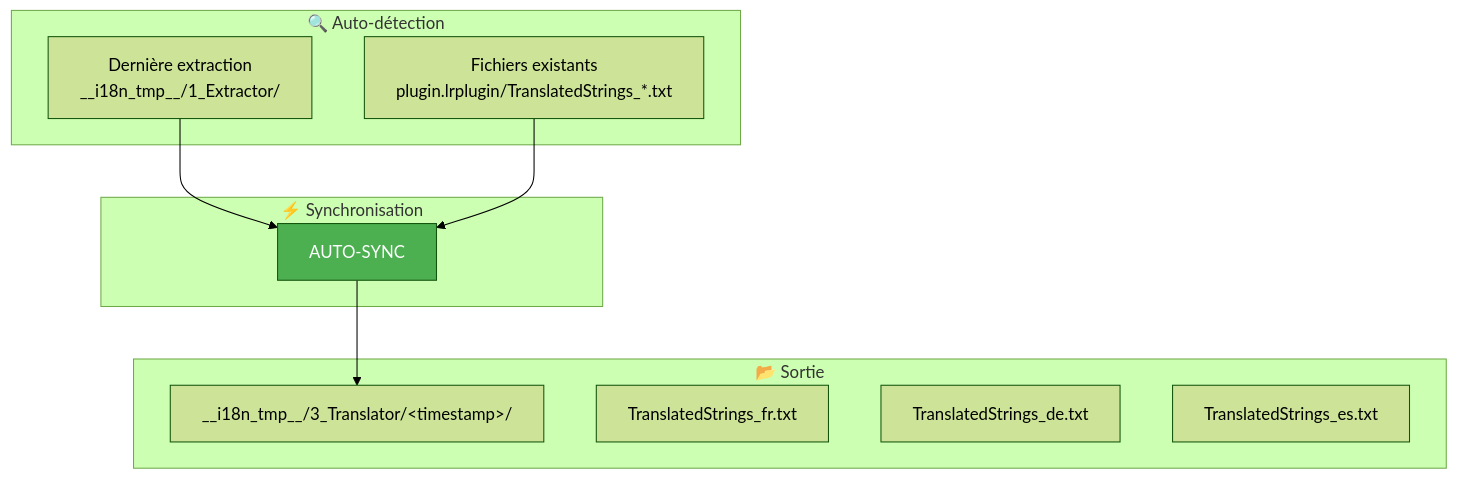
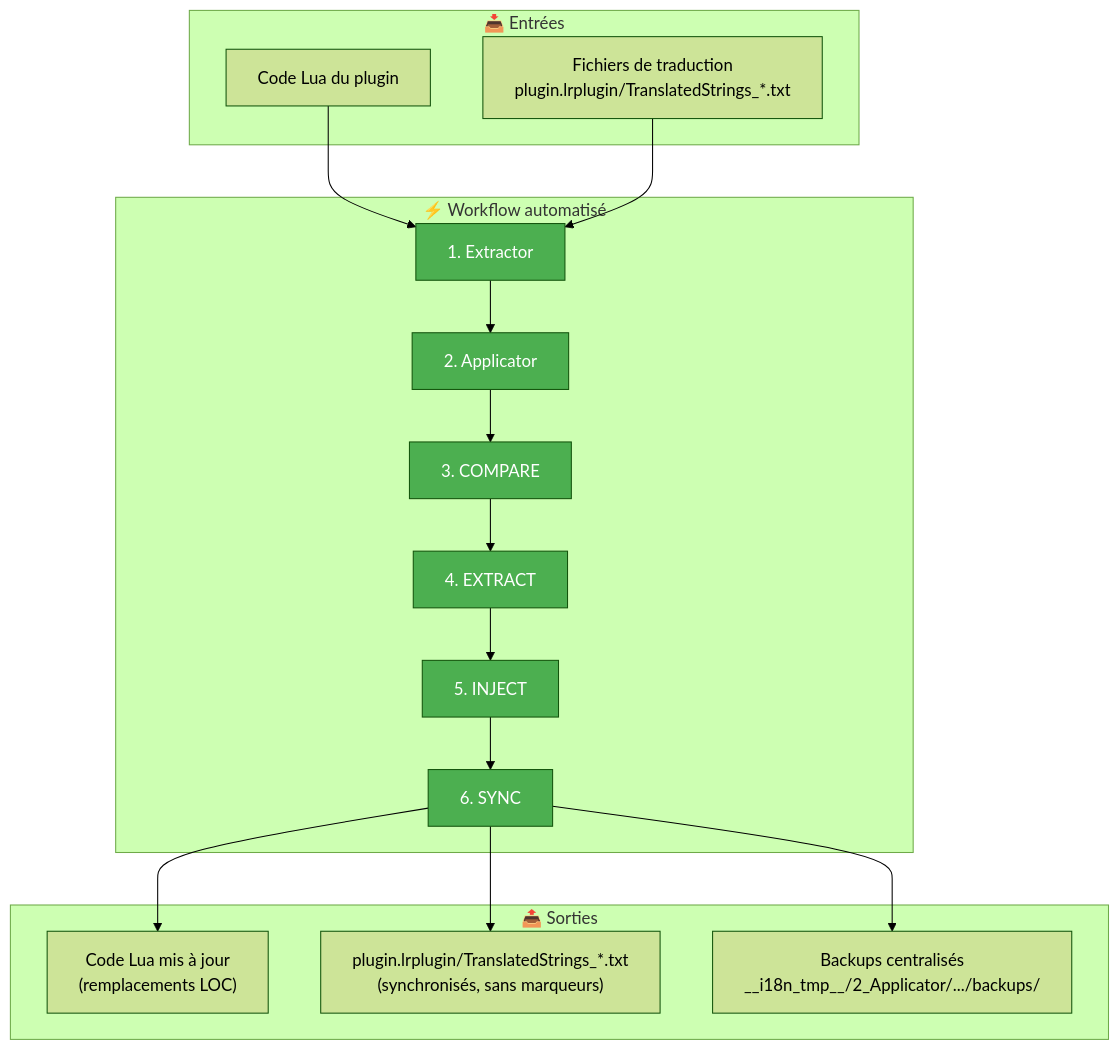
One commit to Gotcha26/Adobe_Lightroom_Translation_Plugins_Kit changed the first of 2 diagrams in tools/translator/__doc__/fr/commandes/AUTOSYNC.md. Above: the diagram before and after it, drawn with Mermaid (forest theme). The commit also changed other lines of this file and 12 other files, not shown here.

Commit message:
fix: AUTO-SYNC / SYNC and lot of things.

````diff
--- a/tools/translator/__doc__/fr/commandes/AUTOSYNC.md
+++ b/tools/translator/__doc__/fr/commandes/AUTOSYNC.md
@@ -17,24 +17,36 @@
 ```mermaid
 flowchart TB
-    subgraph Detection["🔍 Auto-détection"]
-        D1["Dernière extraction<br/>__i18n_tmp__/1_Extractor/"]
-        D2["Fichiers existants<br/>plugin.lrplugin/TranslatedStrings_*.txt"]
+    subgraph Input["📥 Entrées"]
+        I1["Code Lua du plugin"]
+        I2["Fichiers de traduction<br/>plugin.lrplugin/TranslatedStrings_*.txt"]
     end
 
-    subgraph Process["⚡ Synchronisation"]
-        P["AUTO-SYNC"]
+    subgraph Process["⚡ Workflow automatisé"]
+        P1["1. Extractor"]
+        P2["2. Applicator"]
+        P3["3. COMPARE"]
+        P4["4. EXTRACT"]
+        P5["5. INJECT"]
+        P6["6. SYNC"]
     end
 
-    subgraph Output["📂 Sortie"]
-        O["__i18n_tmp__/3_Translator/&lt;timestamp&gt;/"]
-        O1["TranslatedStrings_fr.txt"]
-        O2["TranslatedStrings_de.txt"]
-        O3["TranslatedStrings_es.txt"]
+    subgraph Output["📤 Sorties"]
+        O1["Code Lua mis à jour<br/>(remplacements LOC)"]
+        O2["plugin.lrplugin/TranslatedStrings_*.txt<br/>(synchronisés, sans marqueurs)"]
+        O3["Backups centralisés<br/>__i18n_tmp__/2_Applicator/.../backups/"]
     end
 
-    D1 --> P
-    D2 --> P
-    P --> O
+    I1 --> P1
+    I2 --> P1
+    P1 --> P2 --> P3 --> P4 --> P5 --> P6
+    P6 --> O1
+    P6 --> O2
+    P6 --> O3
 
-    style P fill:#4CAF50,color:#fff
+    style P1 fill:#4CAF50,color:#fff
+    style P2 fill:#4CAF50,color:#fff
+    style P3 fill:#4CAF50,color:#fff
+    style P4 fill:#4CAF50,color:#fff
+    style P5 fill:#4CAF50,color:#fff
+    style P6 fill:#4CAF50,color:#fff
 ```
````
